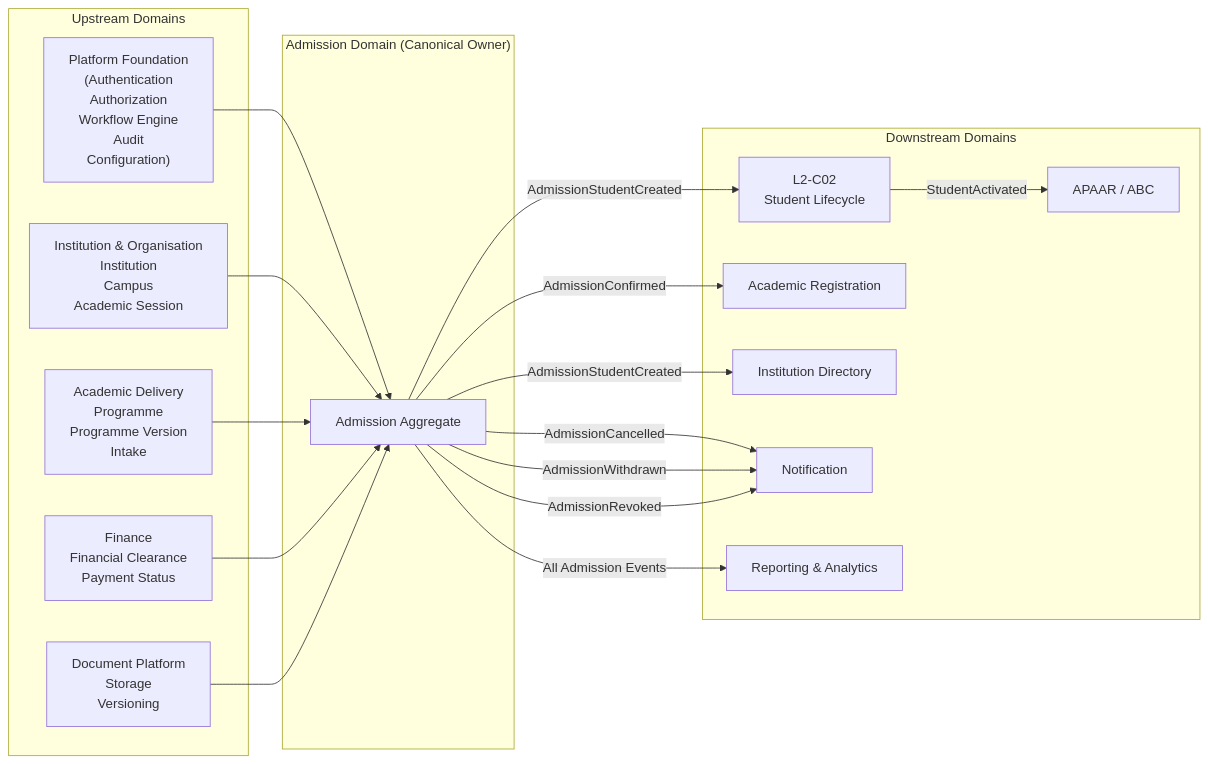
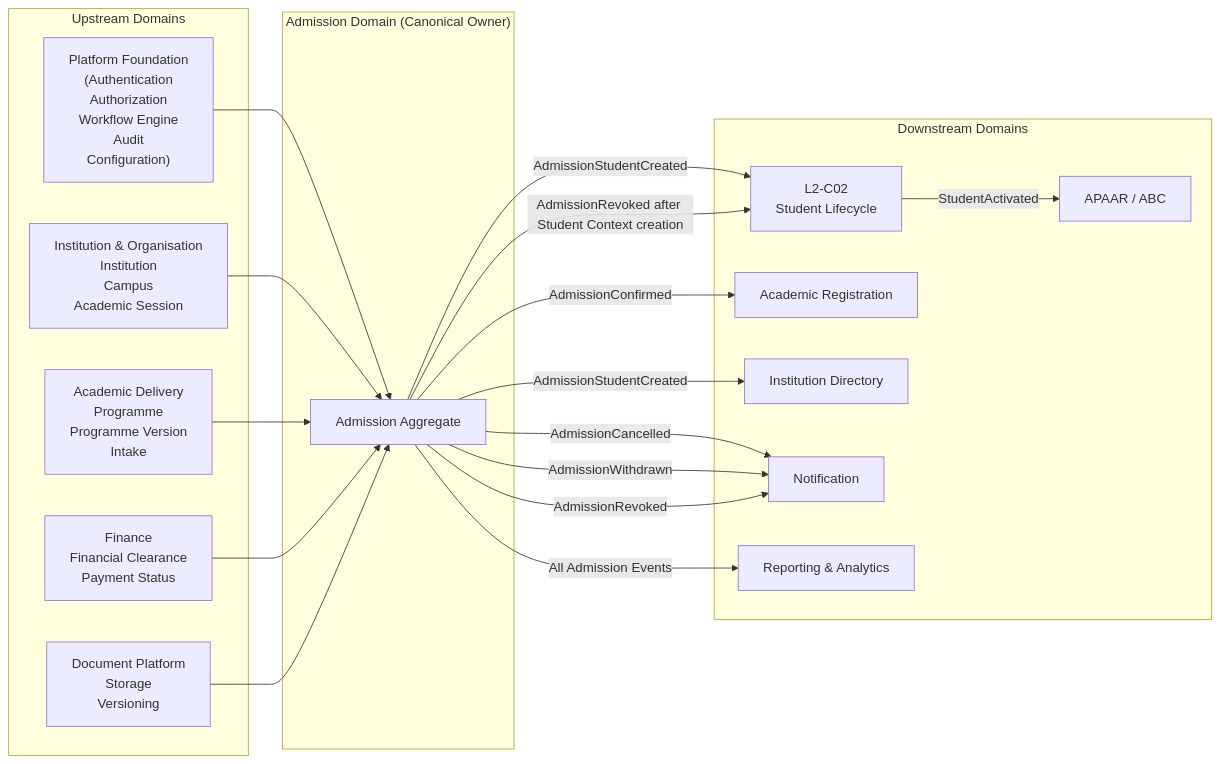
Diagram 12 of 24 in architecture/L2_Domain_Workflow_Architecture/section-c/L2-C01_Admissions_Workflows.md (Varad1604/ERP_hark), drawn with Mermaid before and after one commit. The commit also changed other lines of this file and 12 other files, not shown here.

```diff
--- a/architecture/L2_Domain_Workflow_Architecture/section-c/L2-C01_Admissions_Workflows.md
+++ b/architecture/L2_Domain_Workflow_Architecture/section-c/L2-C01_Admissions_Workflows.md
@@ -7743,6 +7748,7 @@
 %% ==========================================================
 
 ADMISSION -->|AdmissionStudentCreated| STU
+ADMISSION -->|AdmissionRevoked after Student Context creation| STU
 
 ADMISSION -->|AdmissionConfirmed| REG
 
```
